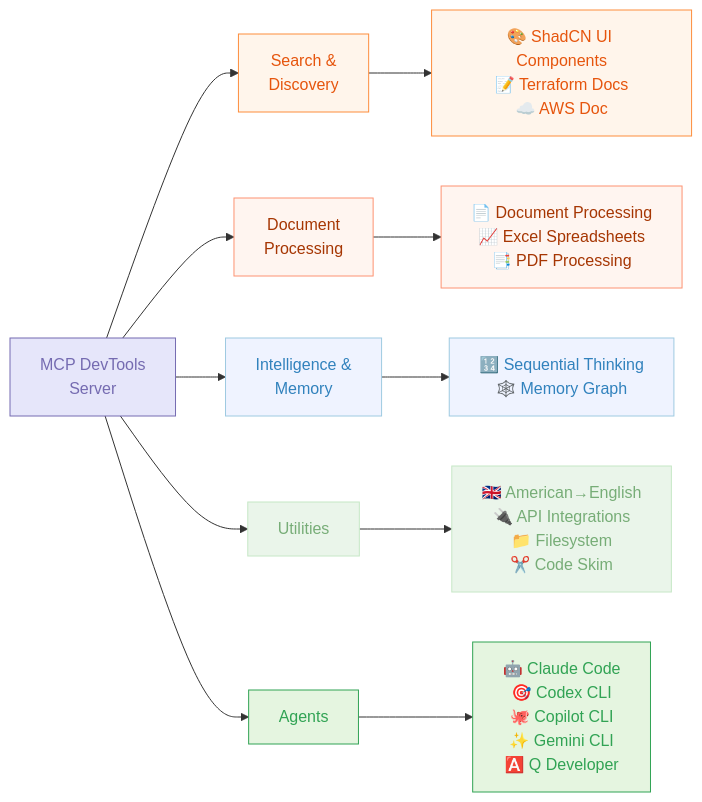
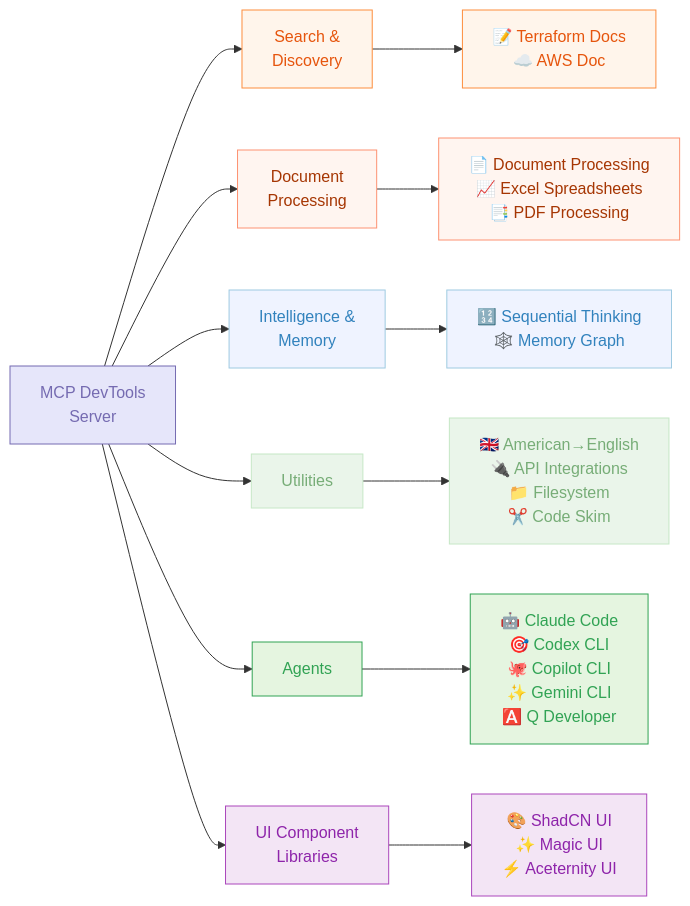
One commit to sammcj/mcp-devtools changed the second of 2 diagrams in README.md. Above: the diagram before and after it, drawn with Mermaid. The commit also changed other lines of this file and 36 other files, not shown here.

Commit message:
feat: new tools - UI components (aceternityUI & magicUI), linting (#127)

````diff
--- a/README.md
+++ b/README.md
@@ -34,34 +34,39 @@
 ```mermaid
 graph LR
     A[MCP DevTools<br>Server]
 
     A --> B[Search &<br>Discovery]
     A --> C[Document<br>Processing]
     A --> E[Intelligence &<br>Memory]
     A --> F[Utilities]
     A --> G[Agents]
+    A --> D[UI Component<br>Libraries]
 
-    B --> B_Tools[🎨 ShadCN UI Components<br>📝 Terraform Docs<br>☁️ AWS Doc]
+    B --> B_Tools[📝 Terraform Docs<br>☁️ AWS Doc]
 
     C --> C_Tools[📄 Document Processing<br>📈 Excel Spreadsheets<br>📑 PDF Processing]
 
     E --> E_Tools[🔢 Sequential Thinking<br>🕸️ Memory Graph]
 
     F --> F_Tools[🇬🇧 American→English<br>🔌 API Integrations<br>📁 Filesystem<br>✂️ Code Skim]
 
     G --> G_Tools[🤖 Claude Code<br>🎯 Codex CLI<br>🐙 Copilot CLI<br>✨ Gemini CLI<br>🅰️ Q Developer]
 
+    D --> D_Tools[🎨 ShadCN UI<br>✨ Magic UI<br>⚡ Aceternity UI]
+
     classDef components fill:#E6E6FA,stroke:#756BB1,color:#756BB1
     classDef llm fill:#E5F5E0,stroke:#31A354,color:#31A354
     classDef process fill:#EAF5EA,stroke:#C6E7C6,color:#77AD77
     classDef data fill:#EFF3FF,stroke:#9ECAE1,color:#3182BD
     classDef decision fill:#FFF5EB,stroke:#FD8D3C,color:#E6550D
     classDef api fill:#FFF5F0,stroke:#FD9272,color:#A63603
+    classDef ui fill:#F3E5F5,stroke:#AB47BC,color:#8E24AA
 
     class A components
     class B,B_Tools decision
     class C,C_Tools api
+    class D,D_Tools ui
     class E,E_Tools data
     class F,F_Tools process
     class G,G_Tools llm
 ```
````
